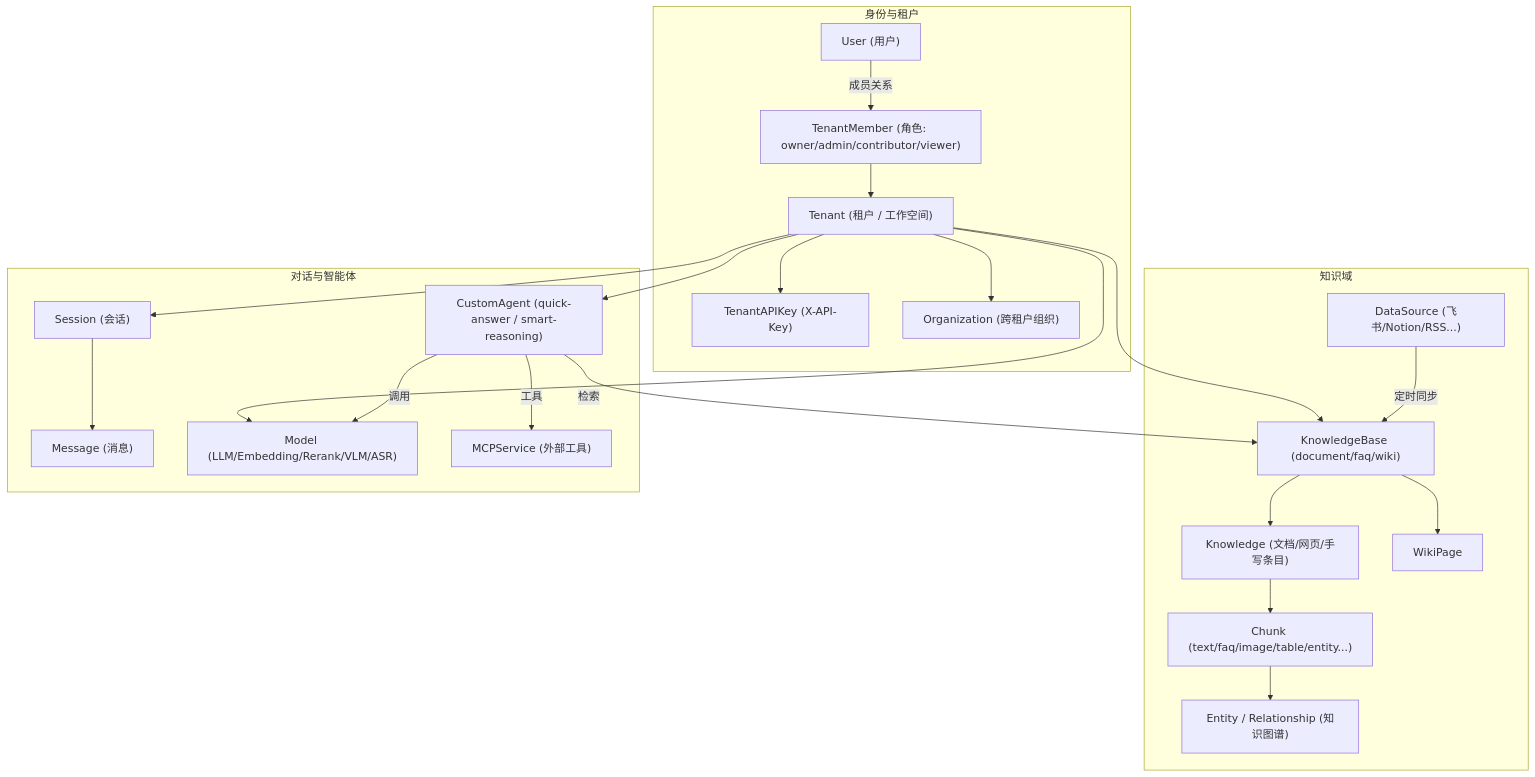
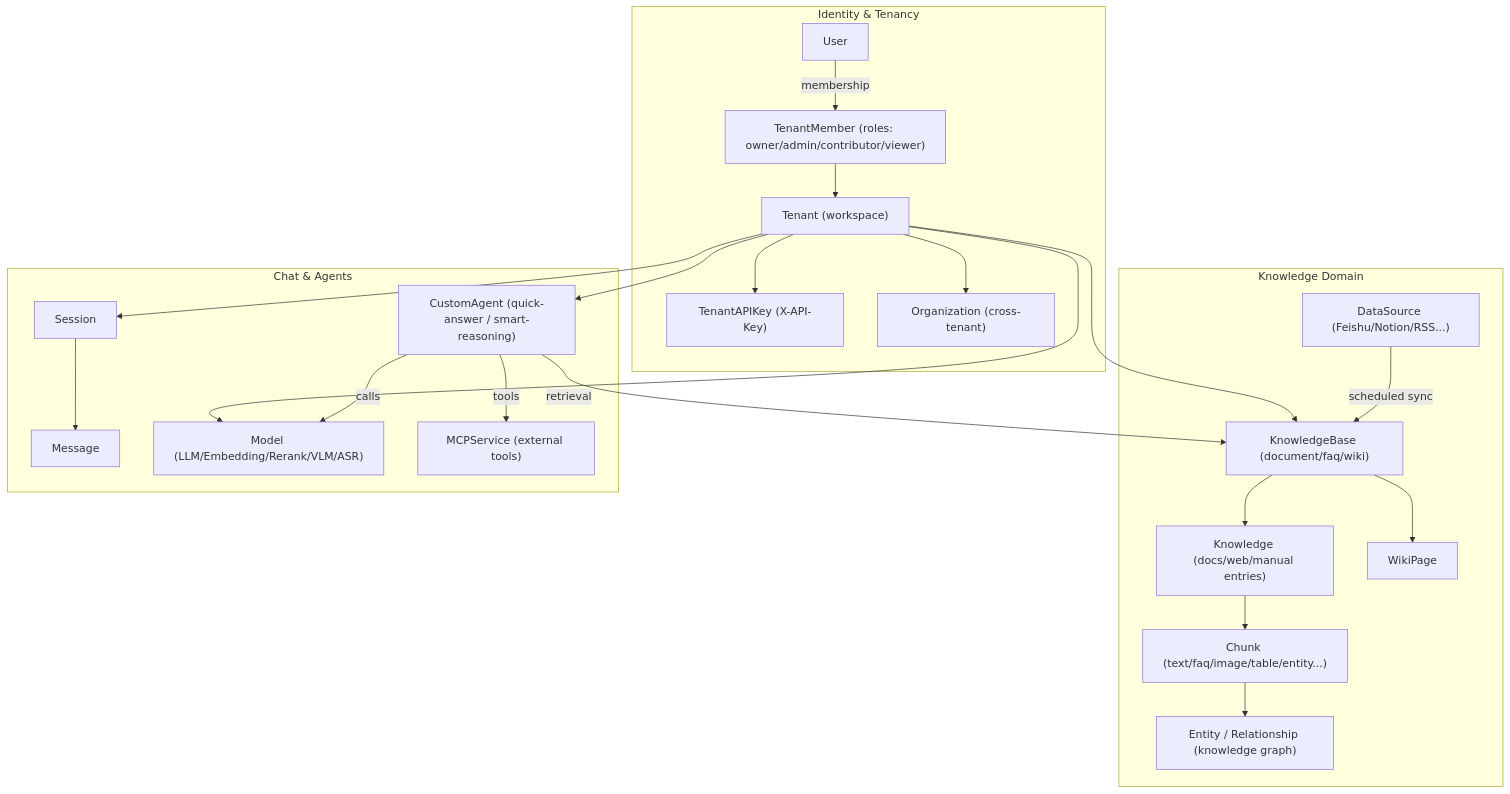
One commit to quantmind-br/WeKnora changed the first of 2 diagrams in website-docs/01-getting-started/01-introduction.md. Above: the diagram before and after it, drawn with Mermaid. The commit also changed other lines of this file and 27 other files, not shown here.

First line of the commit message:
i18n: translate remaining docs diagrams, anchors, code samples and API examples

````diff
--- a/website-docs/01-getting-started/01-introduction.md
+++ b/website-docs/01-getting-started/01-introduction.md
@@ -70,39 +70,39 @@
 ```mermaid
 flowchart TB
-    subgraph identity["身份与租户"]
-        U["User (用户)"]
-        T["Tenant (租户 / 工作空间)"]
-        TM["TenantMember (角色: owner/admin/contributor/viewer)"]
+    subgraph identity["Identity & Tenancy"]
+        U["User"]
+        T["Tenant (workspace)"]
+        TM["TenantMember (roles: owner/admin/contributor/viewer)"]
         AK["TenantAPIKey (X-API-Key)"]
-        ORG["Organization (跨租户组织)"]
+        ORG["Organization (cross-tenant)"]
     end
-    subgraph knowledge["知识域"]
+    subgraph knowledge["Knowledge Domain"]
         KB["KnowledgeBase (document/faq/wiki)"]
-        K["Knowledge (文档/网页/手写条目)"]
+        K["Knowledge (docs/web/manual entries)"]
         C["Chunk (text/faq/image/table/entity...)"]
         W["WikiPage"]
-        G["Entity / Relationship (知识图谱)"]
-        DS["DataSource (飞书/Notion/RSS...)"]
+        G["Entity / Relationship (knowledge graph)"]
+        DS["DataSource (Feishu/Notion/RSS...)"]
     end
-    subgraph chat["对话与智能体"]
-        S["Session (会话)"]
-        MSG["Message (消息)"]
+    subgraph chat["Chat & Agents"]
+        S["Session"]
+        MSG["Message"]
         AG["CustomAgent (quick-answer / smart-reasoning)"]
         M["Model (LLM/Embedding/Rerank/VLM/ASR)"]
-        MCP["MCPService (外部工具)"]
+        MCP["MCPService (external tools)"]
     end
-    U -- "成员关系" --> TM --> T
+    U -- "membership" --> TM --> T
     T --> AK
     T --> ORG
     T --> KB
     T --> M
     T --> AG
     KB --> K --> C
     KB --> W
     C --> G
-    DS -- "定时同步" --> KB
+    DS -- "scheduled sync" --> KB
     T --> S --> MSG
-    AG -- "检索" --> KB
-    AG -- "调用" --> M
-    AG -- "工具" --> MCP
+    AG -- "retrieval" --> KB
+    AG -- "calls" --> M
+    AG -- "tools" --> MCP
 ```
````
